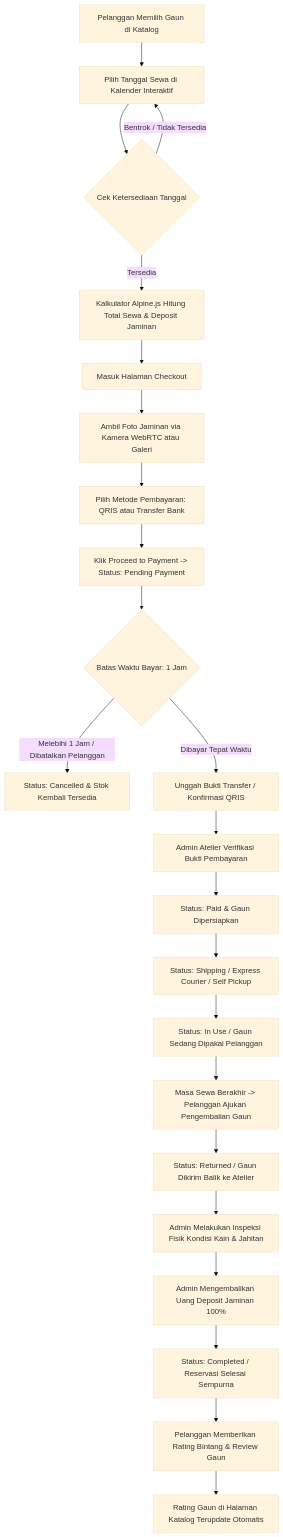
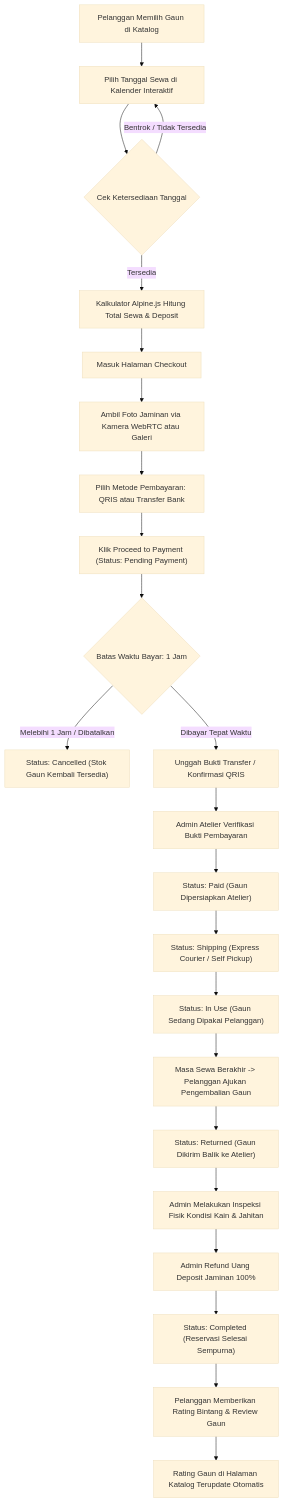
The second of 3 diagrams in README.md (cece1329/persewaanbarangcherie), drawn with Mermaid (base theme) before and after one commit. The commit also changed other lines of this file, not shown here.

Commit message:
Perbaiki sintaks diagram Mermaid flowchart agar render sempurna di GitHub

````diff
--- a/README.md
+++ b/README.md
@@ -74,30 +74,30 @@
 ```mermaid
 flowchart TD
-    A[Pelanggan Memilih Gaun di Katalog] --> B[Pilih Tanggal Sewa di Kalender Interaktif]
-    B --> C{Cek Ketersediaan Tanggal}
-    C -- Bentrok / Tidak Tersedia --> B
-    C -- Tersedia --> D[Kalkulator Alpine.js Hitung Total Sewa & Deposit Jaminan]
+    A["Pelanggan Memilih Gaun di Katalog"] --> B["Pilih Tanggal Sewa di Kalender Interaktif"]
+    B --> C{"Cek Ketersediaan Tanggal"}
+    C -->|"Bentrok / Tidak Tersedia"| B
+    C -->|"Tersedia"| D["Kalkulator Alpine.js Hitung Total Sewa & Deposit"]
     
-    D --> E[Masuk Halaman Checkout]
-    E --> F[Ambil Foto Jaminan via Kamera WebRTC atau Galeri]
-    F --> G[Pilih Metode Pembayaran: QRIS atau Transfer Bank]
-    G --> H[Klik Proceed to Payment -> Status: Pending Payment]
+    D --> E["Masuk Halaman Checkout"]
+    E --> F["Ambil Foto Jaminan via Kamera WebRTC atau Galeri"]
+    F --> G["Pilih Metode Pembayaran: QRIS atau Transfer Bank"]
+    G --> H["Klik Proceed to Payment (Status: Pending Payment)"]
     
-    H --> I{Batas Waktu Bayar: 1 Jam}
-    I -- Melebihi 1 Jam / Dibatalkan Pelanggan --> J[Status: Cancelled & Stok Kembali Tersedia]
-    I -- Dibayar Tepat Waktu --> K[Unggah Bukti Transfer / Konfirmasi QRIS]
+    H --> I{"Batas Waktu Bayar: 1 Jam"}
+    I -->|"Melebihi 1 Jam / Dibatalkan"| J["Status: Cancelled (Stok Gaun Kembali Tersedia)"]
+    I -->|"Dibayar Tepat Waktu"| K["Unggah Bukti Transfer / Konfirmasi QRIS"]
     
-    K --> L[Admin Atelier Verifikasi Bukti Pembayaran]
-    L --> M[Status: Paid & Gaun Dipersiapkan]
-    M --> N[Status: Shipping / Express Courier / Self Pickup]
-    N --> O[Status: In Use / Gaun Sedang Dipakai Pelanggan]
+    K --> L["Admin Atelier Verifikasi Bukti Pembayaran"]
+    L --> M["Status: Paid (Gaun Dipersiapkan Atelier)"]
+    M --> N["Status: Shipping (Express Courier / Self Pickup)"]
+    N --> O["Status: In Use (Gaun Sedang Dipakai Pelanggan)"]
     
-    O --> P[Masa Sewa Berakhir -> Pelanggan Ajukan Pengembalian Gaun]
-    P --> Q[Status: Returned / Gaun Dikirim Balik ke Atelier]
-    Q --> R[Admin Melakukan Inspeksi Fisik Kondisi Kain & Jahitan]
-    R --> S[Admin Mengembalikan Uang Deposit Jaminan 100%]
-    S --> T[Status: Completed / Reservasi Selesai Sempurna]
+    O --> P["Masa Sewa Berakhir -> Pelanggan Ajukan Pengembalian Gaun"]
+    P --> Q["Status: Returned (Gaun Dikirim Balik ke Atelier)"]
+    Q --> R["Admin Melakukan Inspeksi Fisik Kondisi Kain & Jahitan"]
+    R --> S["Admin Refund Uang Deposit Jaminan 100%"]
+    S --> T["Status: Completed (Reservasi Selesai Sempurna)"]
     
-    T --> U[Pelanggan Memberikan Rating Bintang & Review Gaun]
-    U --> V[Rating Gaun di Halaman Katalog Terupdate Otomatis]
+    T --> U["Pelanggan Memberikan Rating Bintang & Review Gaun"]
+    U --> V["Rating Gaun di Halaman Katalog Terupdate Otomatis"]
 ```
````
